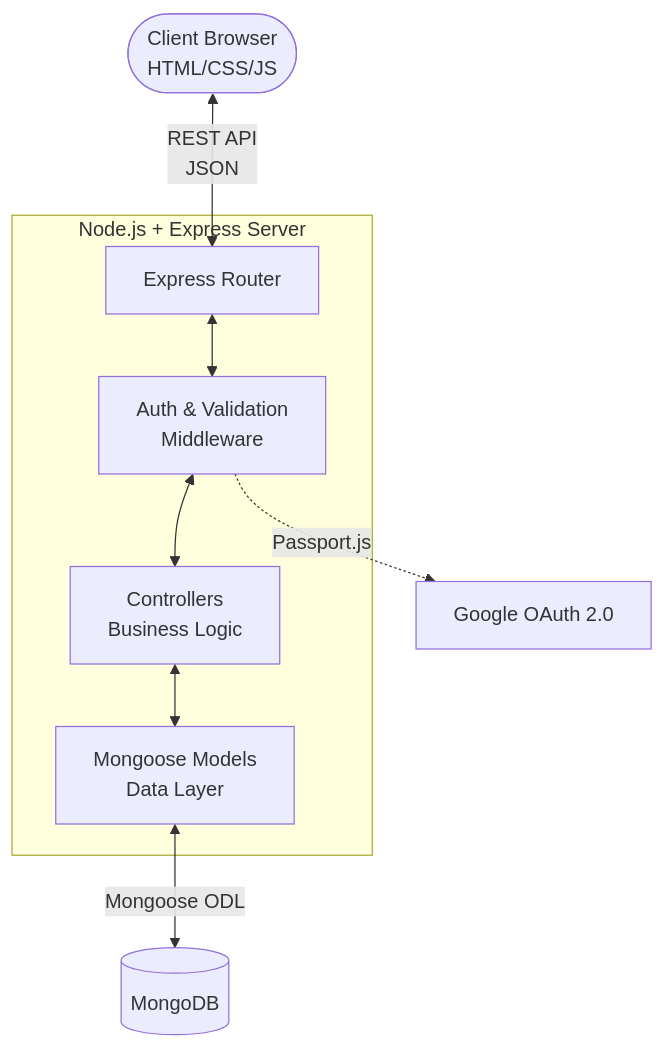
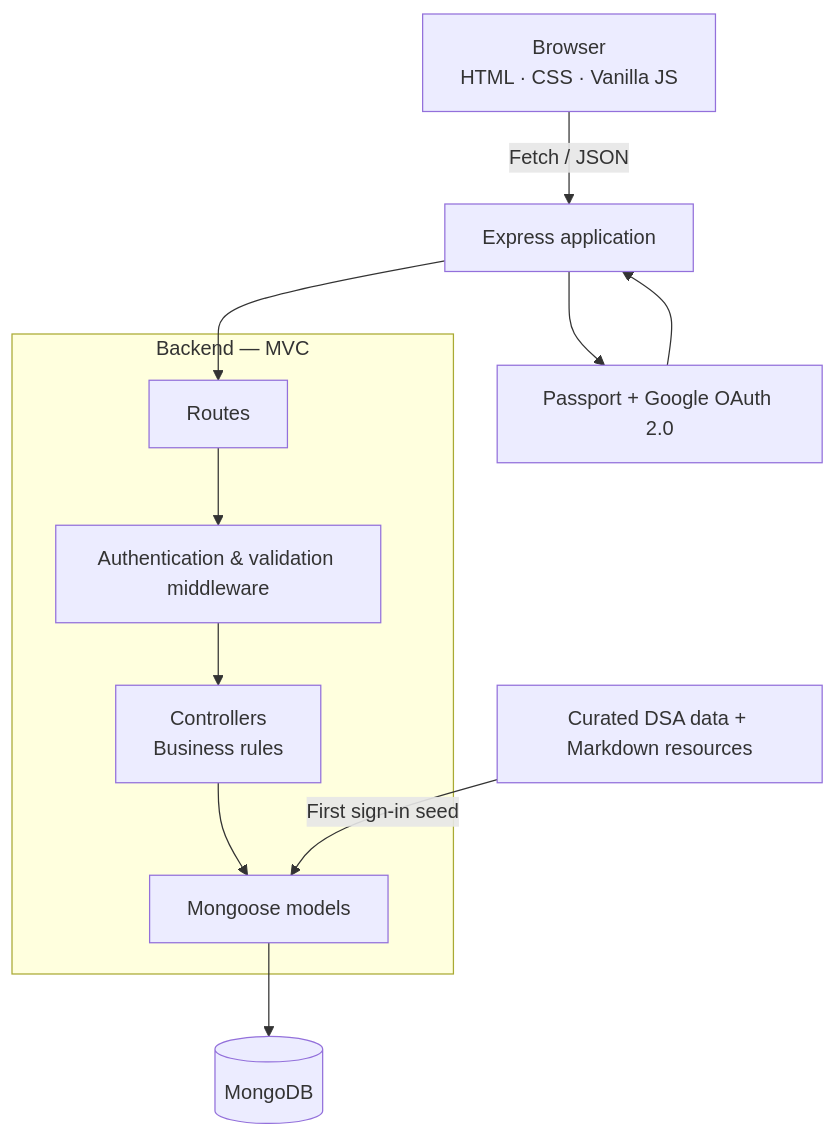
One commit to 2024ucp1505/Placement-Preparation-tracker changed the second of 3 diagrams in README.md. Above: the diagram before and after it, drawn with Mermaid. The commit also changed other lines of this file, not shown here.

````diff
--- a/README.md
+++ b/README.md
@@ -34,13 +52,16 @@
 ```mermaid
-flowchart TD
-    Client([Client Browser\nHTML/CSS/JS]) <-->|REST API\nJSON| Router[Express Router]
-    
-    subgraph Backend [Node.js + Express Server]
-        Router <--> Middleware[Auth & Validation\nMiddleware]
-        Middleware <--> Controller[Controllers\nBusiness Logic]
-        Controller <--> Model[Mongoose Models\nData Layer]
+flowchart TB
+    Browser[Browser\nHTML · CSS · Vanilla JS] -->|Fetch / JSON| Server[Express application]
+    Server --> Auth[Passport + Google OAuth 2.0]
+
+    subgraph MVC[Backend — MVC]
+        Routes[Routes] --> Guard[Authentication & validation middleware]
+        Guard --> Controllers[Controllers\nBusiness rules]
+        Controllers --> Models[Mongoose models]
     end
-    
-    Model <-->|Mongoose ODL| DB[(MongoDB)]
-    Middleware -.->|Passport.js| OAuth[Google OAuth 2.0]
+
+    Server --> Routes
+    Models --> Mongo[(MongoDB)]
+    Seeder[Curated DSA data + Markdown resources] -->|First sign-in seed| Models
+    Auth --> Server
 ```
````
